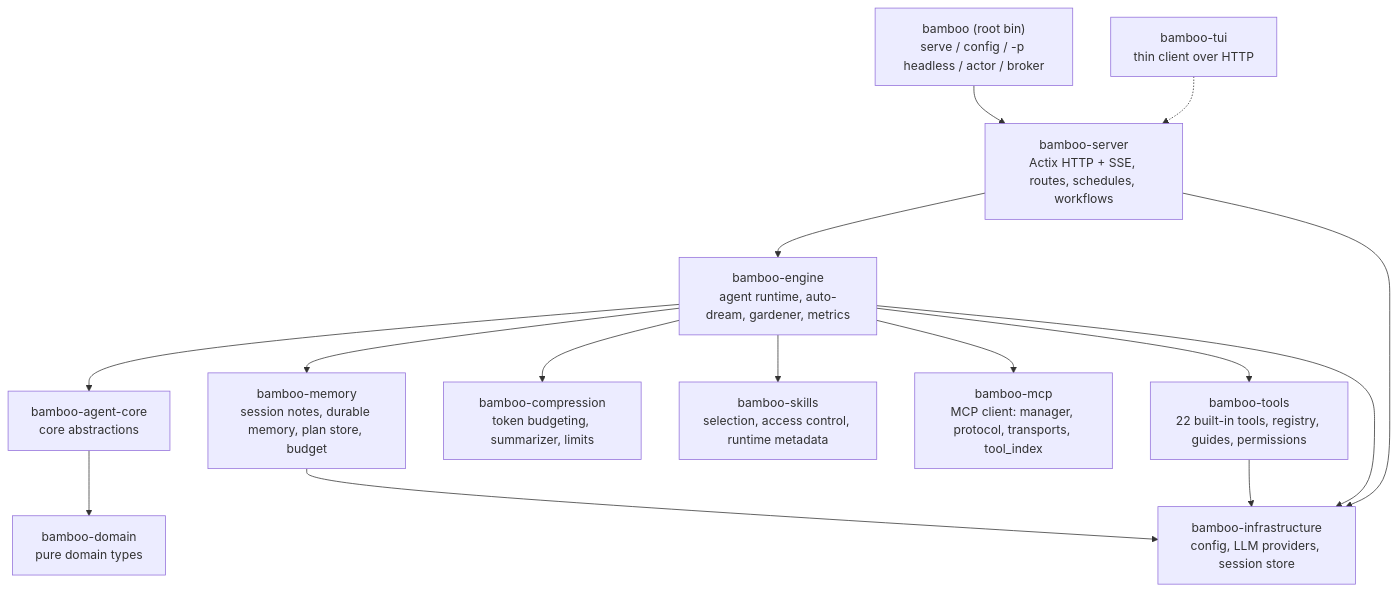
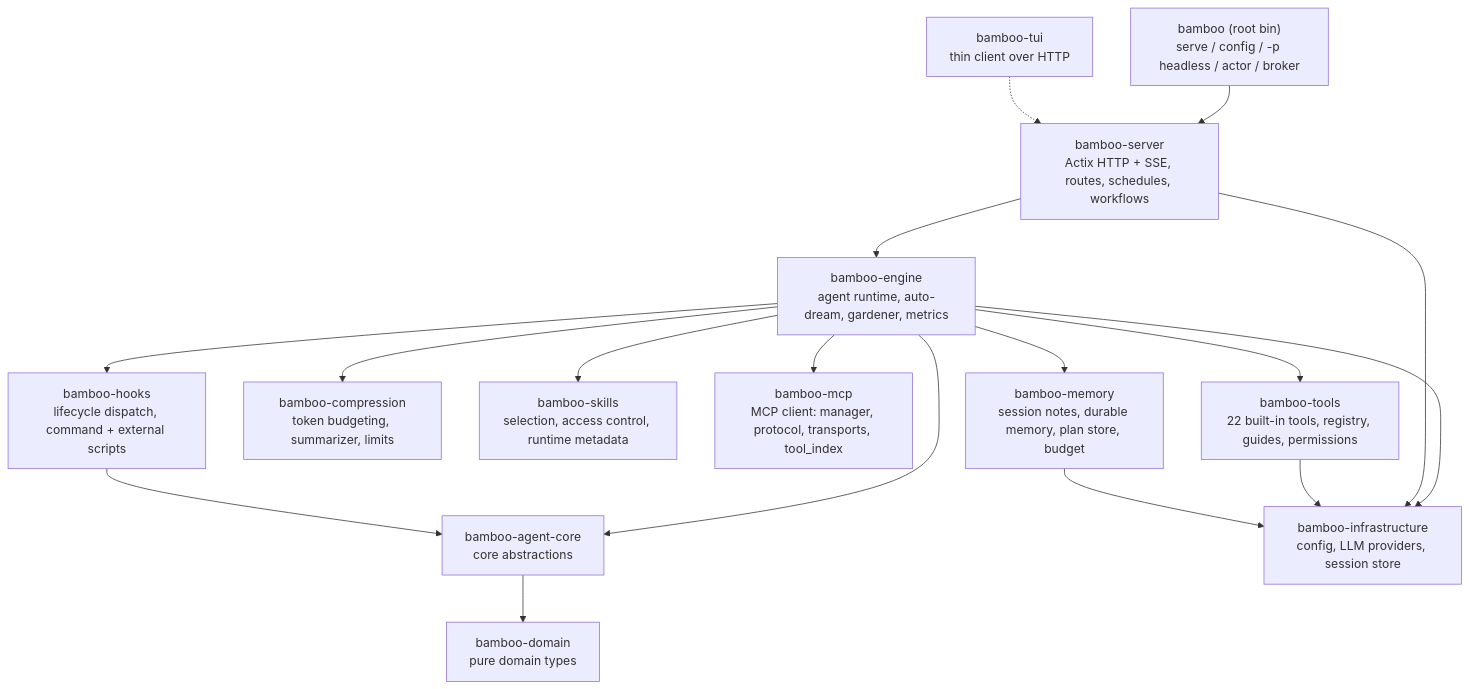
The diagram in README.md (bigduu/Bamboo-agent), drawn with Mermaid before and after one commit. The commit also changed other lines of this file and 30 other files, not shown here.

First line of the commit message:
feat: extract lifecycle hooks crate and add external script handlers (#772)

````diff
--- a/README.md
+++ b/README.md
@@ -49,17 +49,19 @@
 ```mermaid
 graph TD
   CLI["bamboo (root bin)<br/>serve / config / -p headless / actor / broker"] --> SRV[bamboo-server<br/>Actix HTTP + SSE, routes, schedules, workflows]
   SRV --> ENG[bamboo-engine<br/>agent runtime, auto-dream, gardener, metrics]
   ENG --> CORE[bamboo-agent-core<br/>core abstractions]
   CORE --> DOM[bamboo-domain<br/>pure domain types]
   ENG --> MEM[bamboo-memory<br/>session notes, durable memory, plan store, budget]
   ENG --> CMP[bamboo-compression<br/>token budgeting, summarizer, limits]
   ENG --> SKILLS[bamboo-skills<br/>selection, access control, runtime metadata]
   ENG --> MCP[bamboo-mcp<br/>MCP client: manager, protocol, transports, tool_index]
   ENG --> TOOLS[bamboo-tools<br/>22 built-in tools, registry, guides, permissions]
+  ENG --> HOOKS[bamboo-hooks<br/>lifecycle dispatch, command + external scripts]
   ENG --> INFRA[bamboo-infrastructure<br/>config, LLM providers, session store]
+  HOOKS --> CORE
   SRV --> INFRA
   TOOLS --> INFRA
   MEM --> INFRA
   CLI2["bamboo-tui<br/>thin client over HTTP"] -.-> SRV
 ```
````
